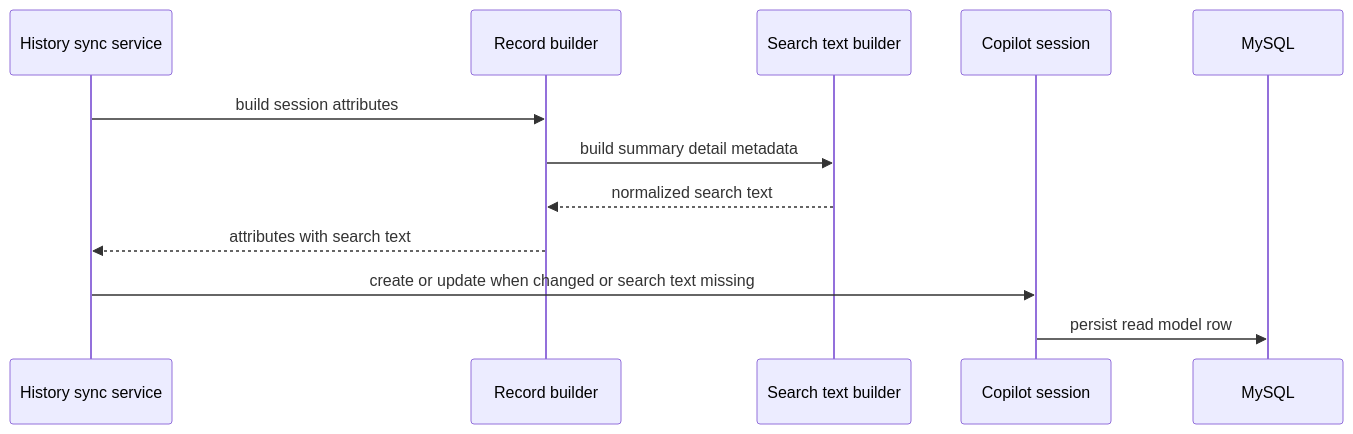
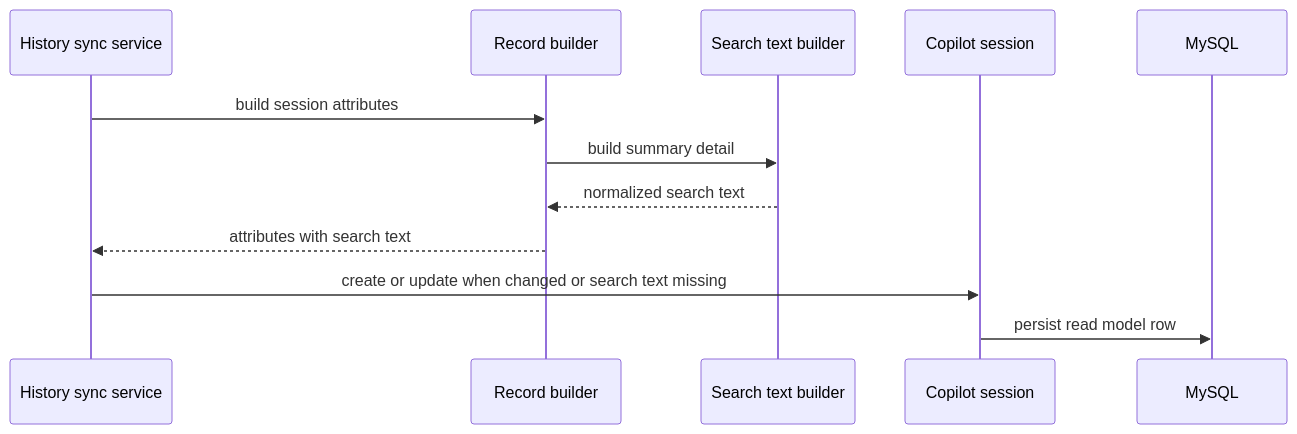
One commit to KentaOsabe-Personal/copilot-cli-history-v2 changed the second of 4 diagrams in .kiro/specs/session-full-text-search/design.md. Above: the diagram before and after it, drawn with Mermaid. The commit also changed other lines of this file and 21 other files, not shown here.

````diff
--- a/.kiro/specs/session-full-text-search/design.md
+++ b/.kiro/specs/session-full-text-search/design.md
@@ -233,16 +237,16 @@
 ```mermaid
 sequenceDiagram
     participant Sync as History sync
     participant Builder as Record builder
     participant Search as Search text builder
     participant Sync as History sync service
     participant Model as Copilot session
     participant DB as MySQL
 
     Sync->>Builder: build session attributes
-    Builder->>Search: build summary detail metadata
+    Builder->>Search: build summary detail
     Search-->>Builder: normalized search text
     Builder-->>Sync: attributes with search text
     Sync->>Model: create or update when changed or search text missing
     Model->>DB: persist read model row
 ```
````
